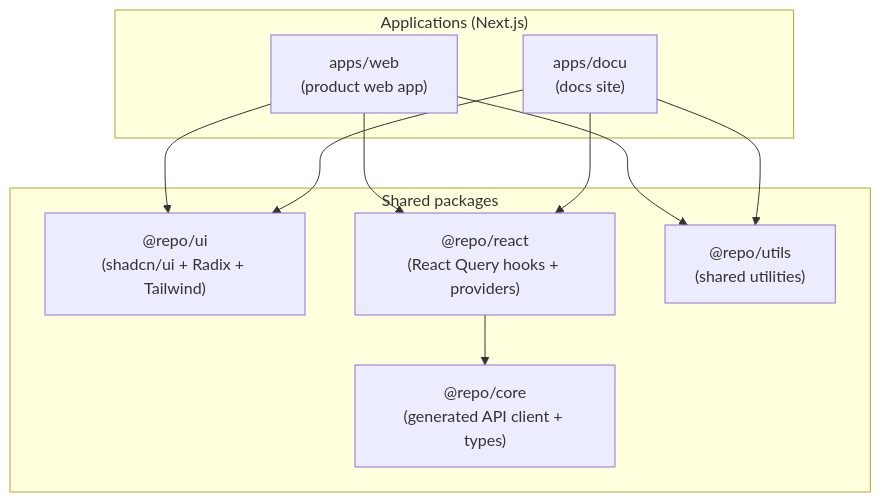
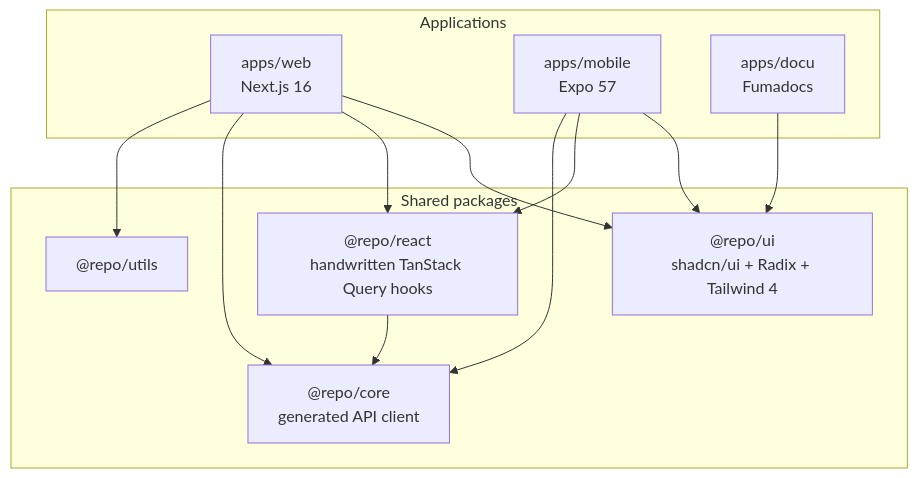
One commit to blockmatic/basilic changed the first of 2 diagrams in apps/docu/content/docs/architecture/frontend.mdx. Above: the diagram before and after it, drawn with Mermaid. The commit also changed other lines of this file and 40 other files, not shown here.

Commit message:
docs(docu): tighten IA, models, and stale stack facts

````diff
--- a/apps/docu/content/docs/architecture/frontend.mdx
+++ b/apps/docu/content/docs/architecture/frontend.mdx
@@ -10,22 +10,25 @@
 ```mermaid
 flowchart TB
-  subgraph Apps["Applications (Next.js)"]
-    Web["apps/web<br/>(product web app)"]
-    Docs["apps/docu<br/>(docs site)"]
+  subgraph Apps["Applications"]
+    Web["apps/web<br/>Next.js 16"]
+    Mobile["apps/mobile<br/>Expo 57"]
+    Docs["apps/docu<br/>Fumadocs"]
   end
 
   subgraph Packages["Shared packages"]
-    UI["@repo/ui<br/>(shadcn/ui + Radix + Tailwind)"]
-    React["@repo/react<br/>(React Query hooks + providers)"]
-    Core["@repo/core<br/>(generated API client + types)"]
-    Utils["@repo/utils<br/>(shared utilities)"]
+    UI["@repo/ui<br/>shadcn/ui + Radix + Tailwind 4"]
+    React["@repo/react<br/>handwritten TanStack Query hooks"]
+    Core["@repo/core<br/>generated API client"]
+    Utils["@repo/utils"]
   end
 
   Web --> UI
+  Web --> React
+  Web --> Core
+  Web --> Utils
+  Mobile --> UI
+  Mobile --> React
+  Mobile --> Core
   Docs --> UI
-  Web --> React
-  Docs --> React
   React --> Core
-  Web --> Utils
-  Docs --> Utils
 ```
````
